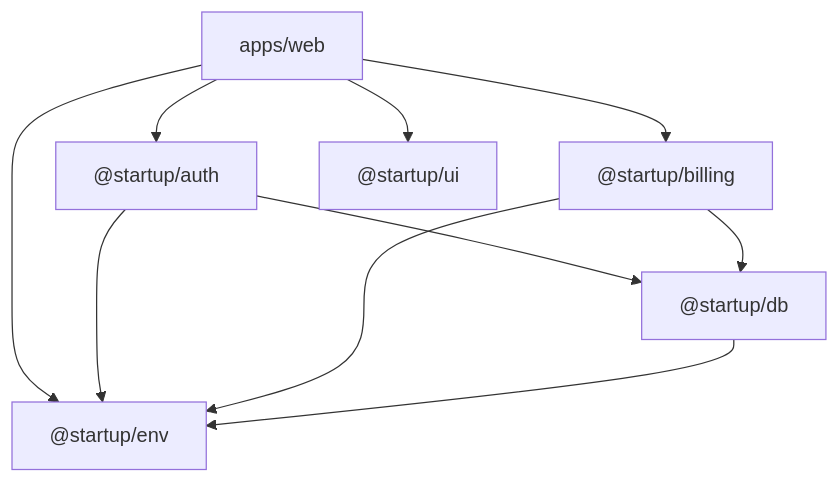
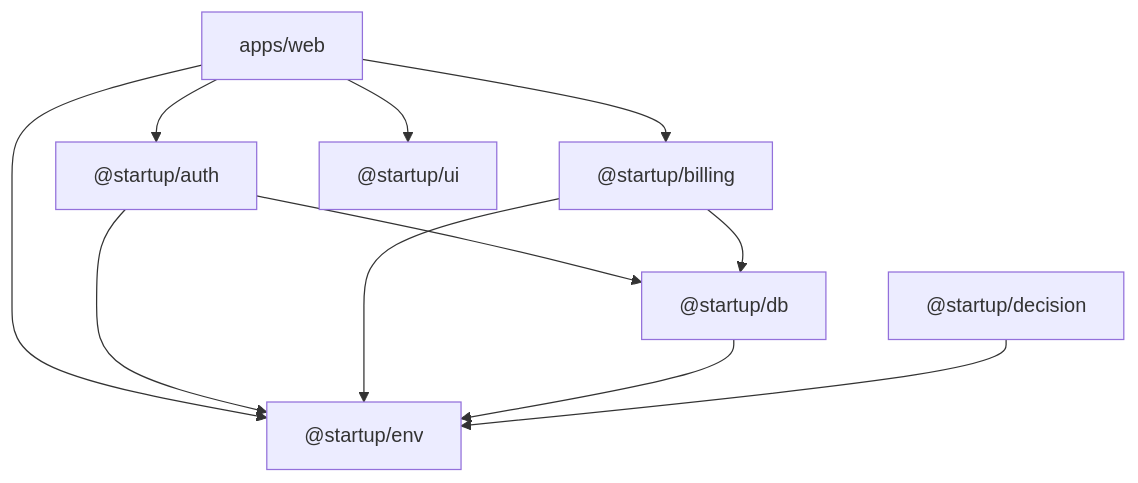
Before and after one commit to allen-padilla/startup-template: the third of 3 diagrams in README.md, drawn with Mermaid. The commit also changed other lines of this file and 17 other files, not shown here.

First line of the commit message:
feat: add @startup/decision for bounded AI decisions

````diff
--- a/README.md
+++ b/README.md
@@ -245,19 +246,21 @@
 ```mermaid
 flowchart TD
   web["apps/web"]
   auth["@startup/auth"]
   billing["@startup/billing"]
   ui["@startup/ui"]
   db["@startup/db"]
+  decision["@startup/decision"]
   env["@startup/env"]
 
   web --> auth
   web --> billing
   web --> ui
   web --> env
   auth --> db
   auth --> env
   billing --> db
   billing --> env
   db --> env
+  decision --> env
 ```
````
